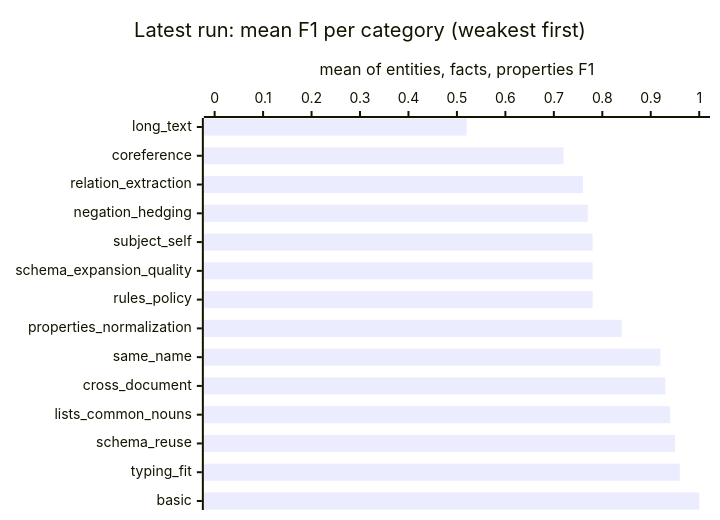
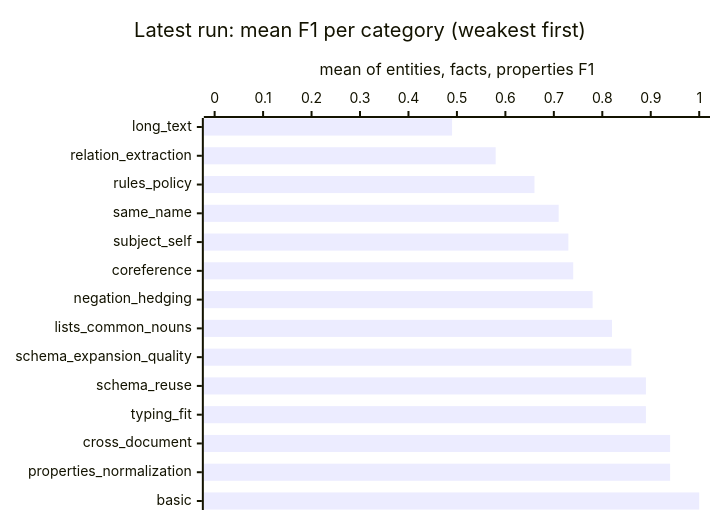
Before and after one commit to megagonlabs/blue-data-kb-source: the second of 2 diagrams in lib/tests/benchmarks/extraction/results/README.md, drawn with Mermaid. The commit also changed other lines of this file and 1 other file, not shown here.

First line of the commit message:
extraction benchmark: record the first full run under the stricter judge

````diff
--- a/lib/tests/benchmarks/extraction/results/README.md
+++ b/lib/tests/benchmarks/extraction/results/README.md
@@ -39,7 +39,7 @@
 ```mermaid
 xychart-beta horizontal
     title "Latest run: mean F1 per category (weakest first)"
-    x-axis ["long_text", "coreference", "relation_extraction", "negation_hedging", "subject_self", "schema_expansion_quality", "rules_policy", "properties_normalization", "same_name", "cross_document", "lists_common_nouns", "schema_reuse", "typing_fit", "basic"]
+    x-axis ["long_text", "relation_extraction", "rules_policy", "same_name", "subject_self", "coreference", "negation_hedging", "lists_common_nouns", "schema_expansion_quality", "schema_reuse", "typing_fit", "cross_document", "properties_normalization", "basic"]
     y-axis "mean of entities, facts, properties F1" 0 --> 1
-    bar [0.52, 0.72, 0.76, 0.77, 0.78, 0.78, 0.78, 0.84, 0.92, 0.93, 0.94, 0.95, 0.96, 1.00]
+    bar [0.49, 0.58, 0.66, 0.71, 0.73, 0.74, 0.78, 0.82, 0.86, 0.89, 0.89, 0.94, 0.94, 1.00]
 ```
````
